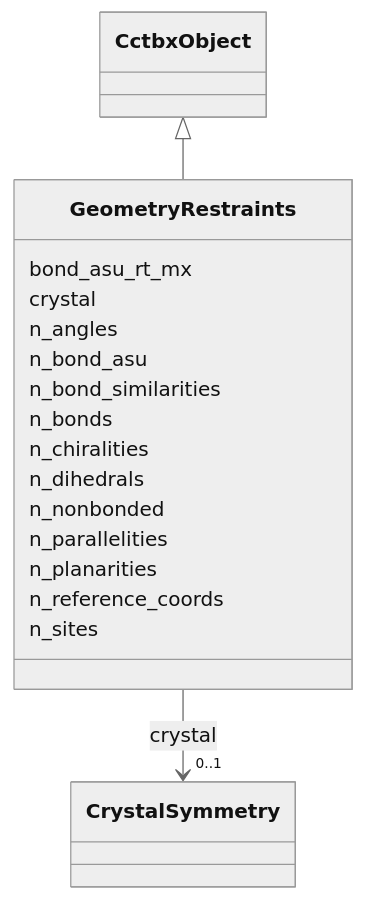
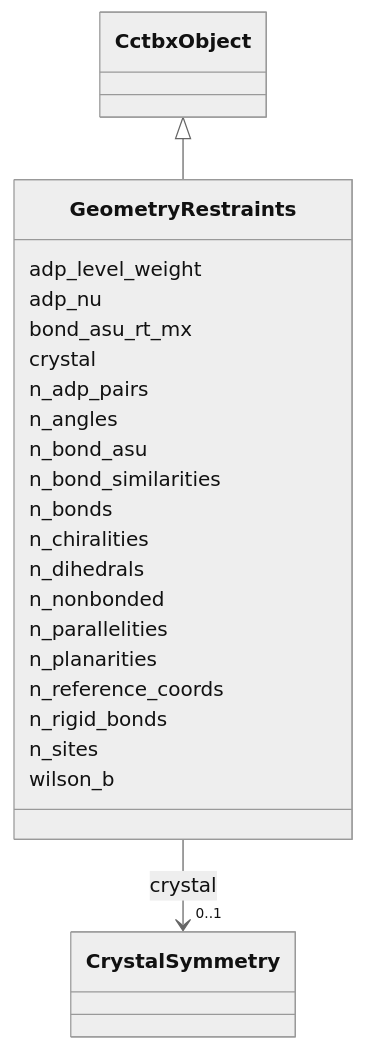
Before and after one commit to phzwart/phridge: the diagram in docs/schema/GeometryRestraints.md, drawn with Mermaid (neutral theme). The commit also changed other lines of this file and 72 other files, not shown here.

First line of the commit message:
Add geometry curvature preconditioners, ADP prior restraints, and refinement benchmarks

````diff
--- a/docs/schema/GeometryRestraints.md
+++ b/docs/schema/GeometryRestraints.md
@@ -25,44 +25,54 @@
 ```mermaid
  classDiagram
     class GeometryRestraints
     click GeometryRestraints href "../GeometryRestraints/"
       CctbxObject <|-- GeometryRestraints
         click CctbxObject href "../CctbxObject/"
-      
+
+      GeometryRestraints : adp_level_weight
+
+      GeometryRestraints : adp_nu
+
       GeometryRestraints : bond_asu_rt_mx
-        
+
       GeometryRestraints : crystal
-        
-          
-    
-        
-        
+
+
+
+
+
         GeometryRestraints --> "0..1" CrystalSymmetry : crystal
         click CrystalSymmetry href "../CrystalSymmetry/"
-    
 
-        
+
+
+      GeometryRestraints : n_adp_pairs
+
       GeometryRestraints : n_angles
-        
+
       GeometryRestraints : n_bond_asu
-        
+
       GeometryRestraints : n_bond_similarities
-        
+
       GeometryRestraints : n_bonds
-        
+
       GeometryRestraints : n_chiralities
-        
+
       GeometryRestraints : n_dihedrals
-        
+
       GeometryRestraints : n_nonbonded
-        
+
       GeometryRestraints : n_parallelities
-        
+
       GeometryRestraints : n_planarities
-        
+
       GeometryRestraints : n_reference_coords
-        
+
+      GeometryRestraints : n_rigid_bonds
+
       GeometryRestraints : n_sites
-        
-      
+
+      GeometryRestraints : wilson_b
+
+
 ```
````
